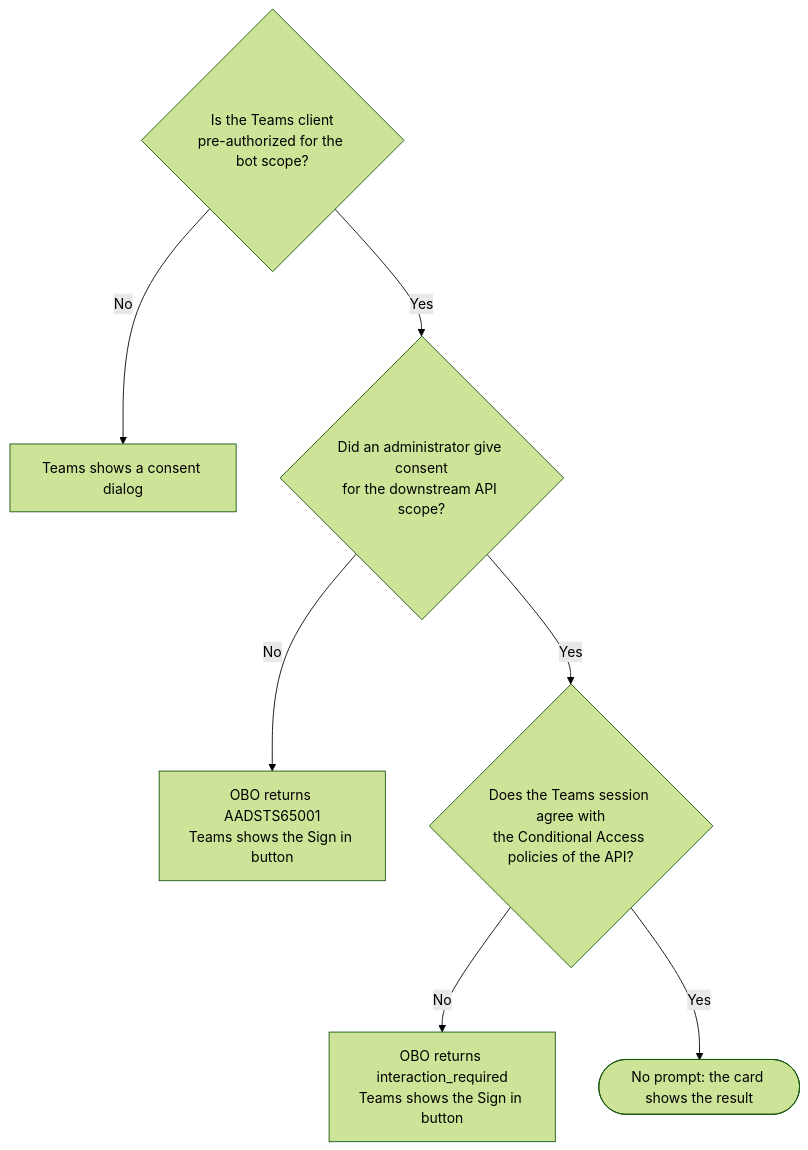
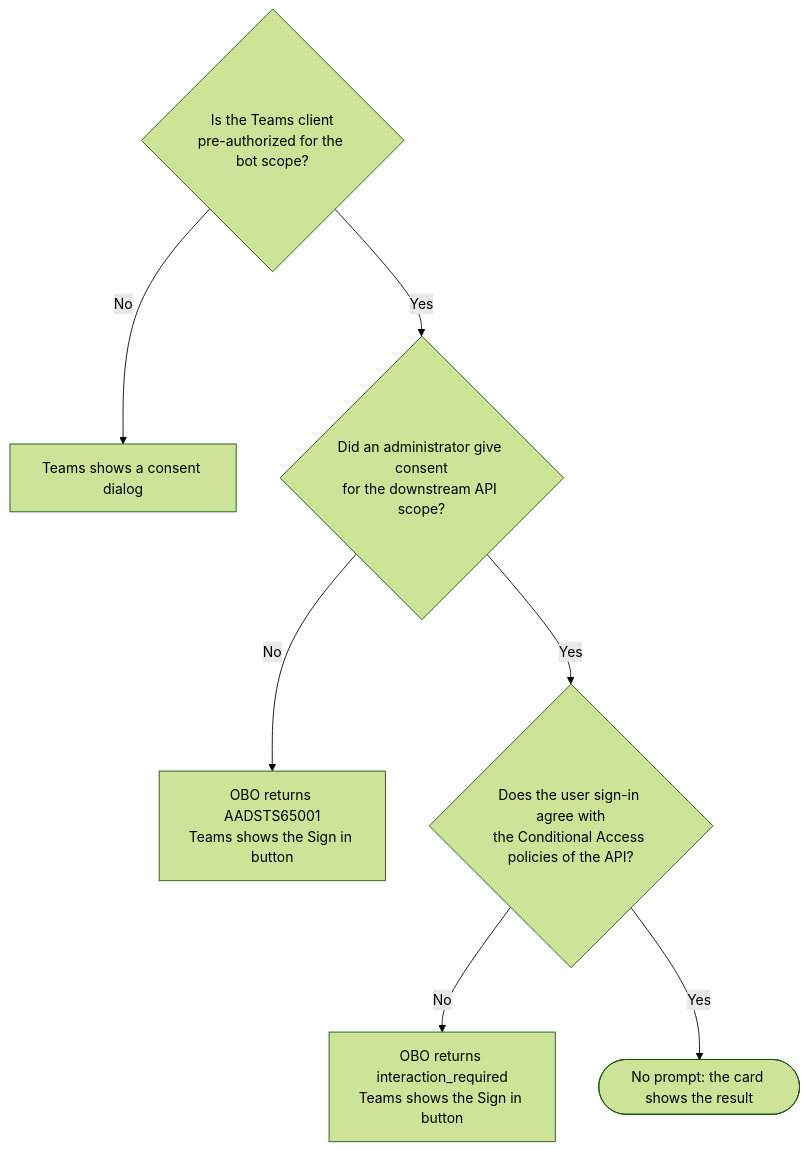
Before and after one commit to georgemathieson/Bot: the seventh of 10 diagrams in docs/how-obo-works.md, drawn with Mermaid (forest theme). The commit also changed other lines of this file and 3 other files, not shown here.

````diff
--- a/docs/how-obo-works.md
+++ b/docs/how-obo-works.md
@@ -246,10 +250,10 @@
 ```mermaid
 flowchart TD
     S1{"Is the Teams client<br/>pre-authorized for the bot scope?"}
     S1 -- "No" --> P1["Teams shows a consent dialog"]
     S1 -- "Yes" --> S2{"Did an administrator give consent<br/>for the downstream API scope?"}
     S2 -- "No" --> P2["OBO returns AADSTS65001<br/>Teams shows the Sign in button"]
-    S2 -- "Yes" --> S3{"Does the Teams session agree with<br/>the Conditional Access policies of the API?"}
+    S2 -- "Yes" --> S3{"Does the user sign-in agree with<br/>the Conditional Access policies of the API?"}
     S3 -- "No" --> P3["OBO returns interaction_required<br/>Teams shows the Sign in button"]
     S3 -- "Yes" --> OK(["No prompt: the card shows the result"])
 ```
````
